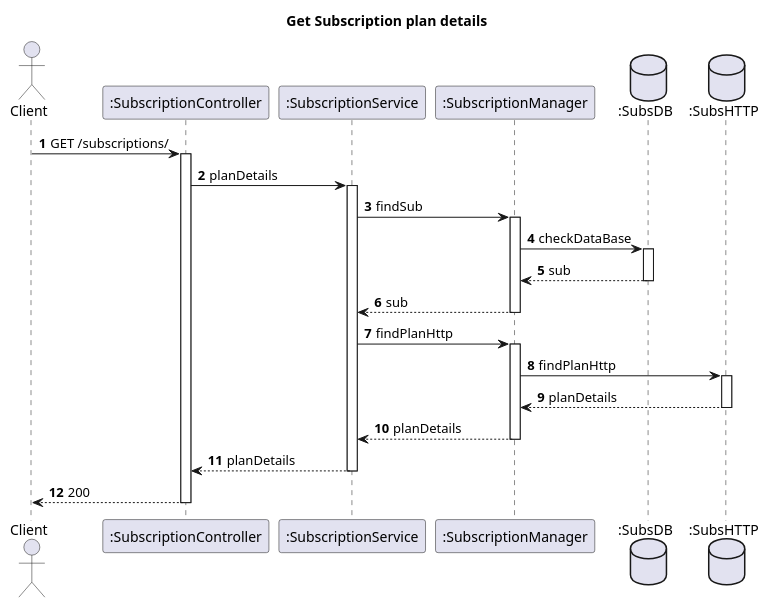
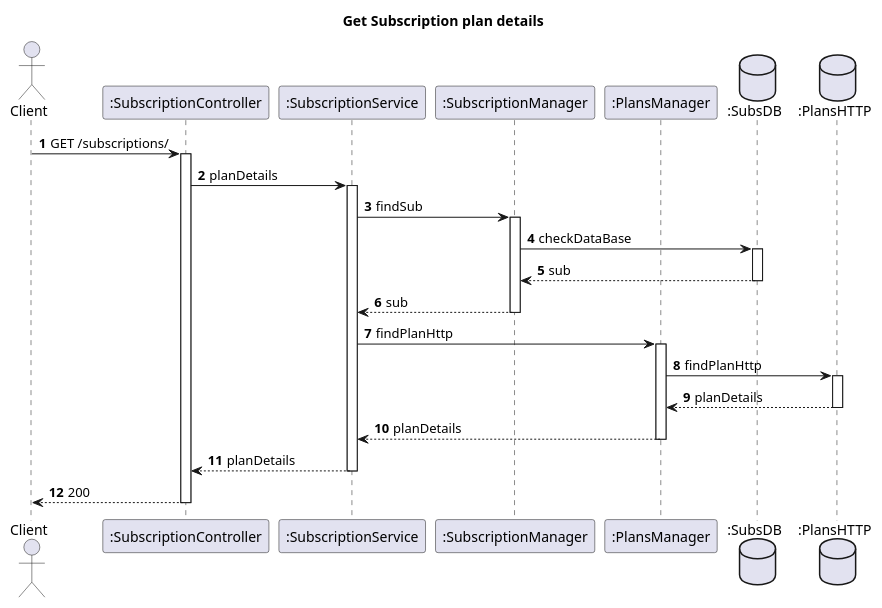
The diagram in docs_sidis/Segunda_Avalição/Subs/Vista Logica/N3Alternativa/GetsSubsPlanInfo.puml (IsepMartimOliveira/SIDIS), drawn with PlantUML before and after one commit. The commit also changed 2 other files, not shown here.

Commit message:
cook some plan details docs

```diff
--- a/docs_sidis/Segunda_Avalição/Subs/Vista Logica/N3Alternativa/GetsSubsPlanInfo.puml
+++ b/docs_sidis/Segunda_Avalição/Subs/Vista Logica/N3Alternativa/GetsSubsPlanInfo.puml
@@ -1,34 +1,36 @@
 @startuml
 'https://plantuml.com/sequence-diagram
 autoactivate on
 autonumber
 title  Get Subscription plan details
 
 autonumber
 
 actor "Client" as Ac
    participant ":SubscriptionController" as Auth
     participant ":SubscriptionService" as SService
     participant ":SubscriptionManager" as UManager
+  participant ":PlansManager" as PManager
+
     database ":SubsDB" as SDB
-    database ":SubsHTTP" as SDBHTTP
+    database ":PlansHTTP" as SDBHTTP
 
 Ac->Auth: GET /subscriptions/
 Auth->SService: planDetails
 SService->UManager: findSub
 UManager->SDB: checkDataBase
 SDB-->UManager:sub
 UManager --> SService:sub
 
-SService-> UManager: findPlanHttp
-UManager->SDBHTTP:findPlanHttp
-SDBHTTP-->UManager: planDetails
-UManager-->SService: planDetails
+SService-> PManager: findPlanHttp
+PManager->SDBHTTP:findPlanHttp
+SDBHTTP-->PManager: planDetails
+PManager-->SService: planDetails
 
 SService -->Auth:planDetails
 
 
 Auth --> Ac : 200
 
 
 @enduml
```
